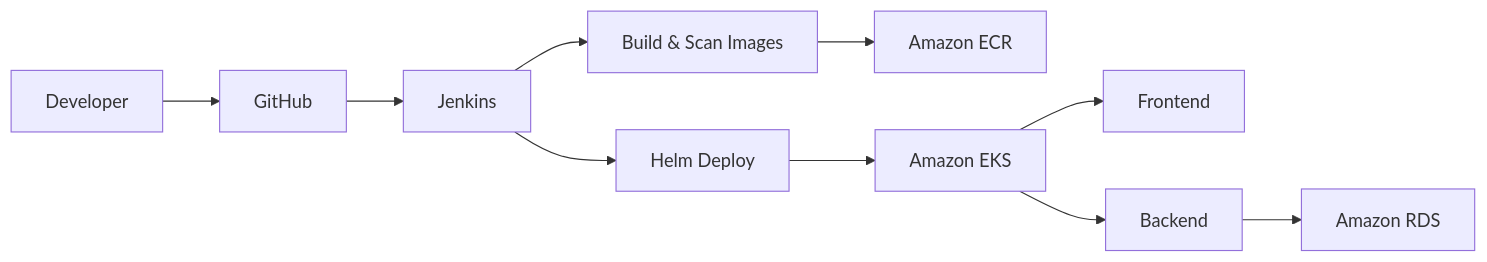
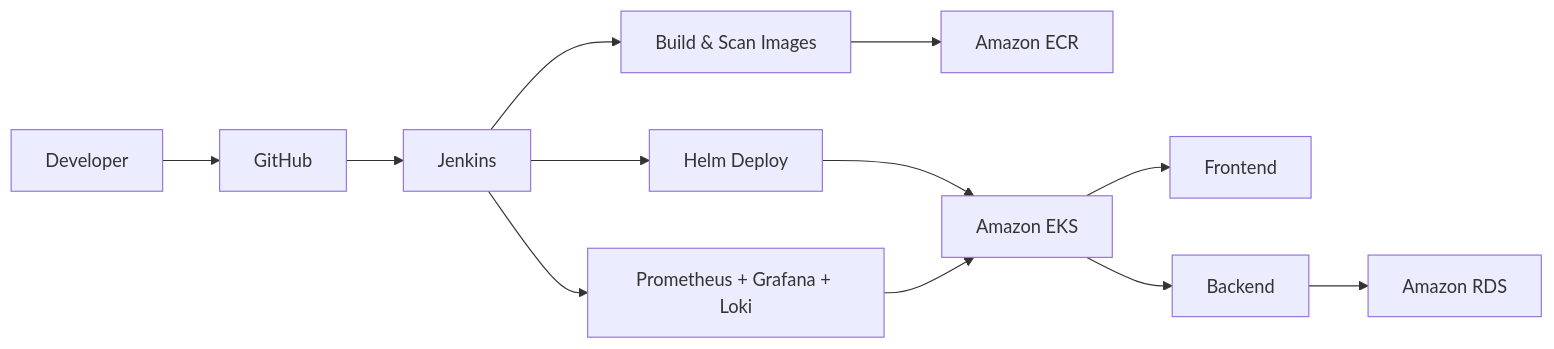
One commit to ahmeddhussain/nti-final-project changed the diagram in README.md. Above: the diagram before and after it, drawn with Mermaid. The commit also changed other lines of this file and 1 other file, not shown here.

````diff
--- a/README.md
+++ b/README.md
@@ -55,12 +55,14 @@
 ```mermaid
 flowchart LR
   Dev[Developer] --> Git[GitHub]
   Git --> Jenkins
   Jenkins --> Build[Build & Scan Images]
   Build --> ECR[Amazon ECR]
   Jenkins --> Deploy[Helm Deploy]
   Deploy --> EKS[Amazon EKS]
   EKS --> Frontend
   EKS --> Backend
   Backend --> RDS[Amazon RDS]
+  Jenkins --> Monitoring[Prometheus + Grafana + Loki]
+  Monitoring --> EKS
 ```
````
